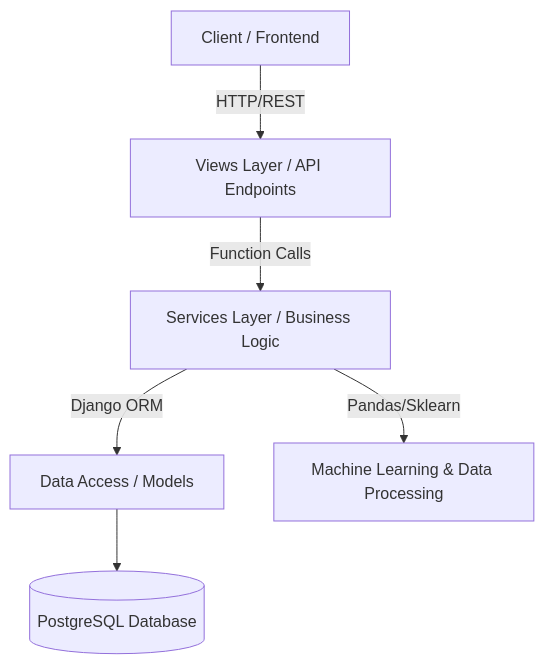
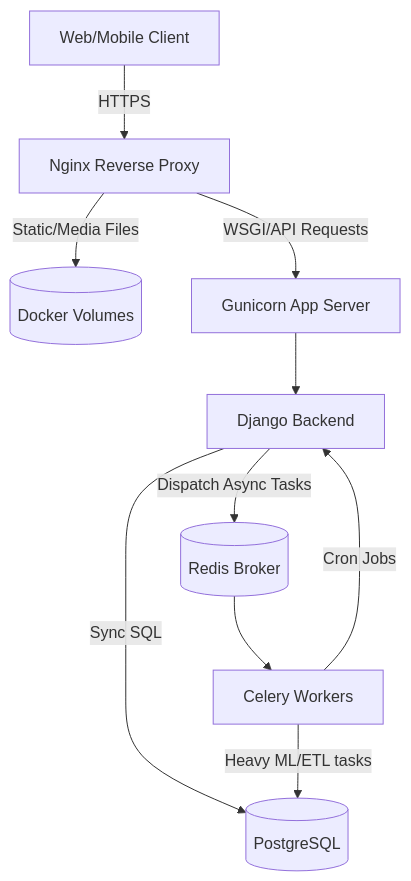
Before and after one commit to Shivam-Narayan/laguna-ai-line-balancing: the first of 2 diagrams in docs/system_architecture.md, drawn with Mermaid. The commit also changed other lines of this file and 2 other files, not shown here.

Commit message:
docs: add comprehensive project documentation for system architecture, API endpoints, and Docker orchestration.

````diff
--- a/docs/system_architecture.md
+++ b/docs/system_architecture.md
@@ -11,8 +26,15 @@
 ```mermaid
 graph TD
-    Client[Client / Frontend] -->|HTTP/REST| Views[Views Layer / API Endpoints]
-    Views -->|Function Calls| Services[Services Layer / Business Logic]
-    Services -->|Django ORM| Models[Data Access / Models]
-    Services -->|Pandas/Sklearn| ML[Machine Learning & Data Processing]
-    Models --> DB[(PostgreSQL Database)]
+    Client[Web/Mobile Client] -->|HTTPS| Nginx[Nginx Reverse Proxy]
+    Nginx -->|Static/Media Files| Volumes[(Docker Volumes)]
+    Nginx -->|WSGI/API Requests| Gunicorn[Gunicorn App Server]
+    
+    Gunicorn --> Django[Django Backend]
+    
+    Django -->|Sync SQL| DB[(PostgreSQL)]
+    Django -->|Dispatch Async Tasks| Redis[(Redis Broker)]
+    
+    Redis --> Celery[Celery Workers]
+    Celery -->|Heavy ML/ETL tasks| DB
+    Celery -->|Cron Jobs| Django
 ```
````
